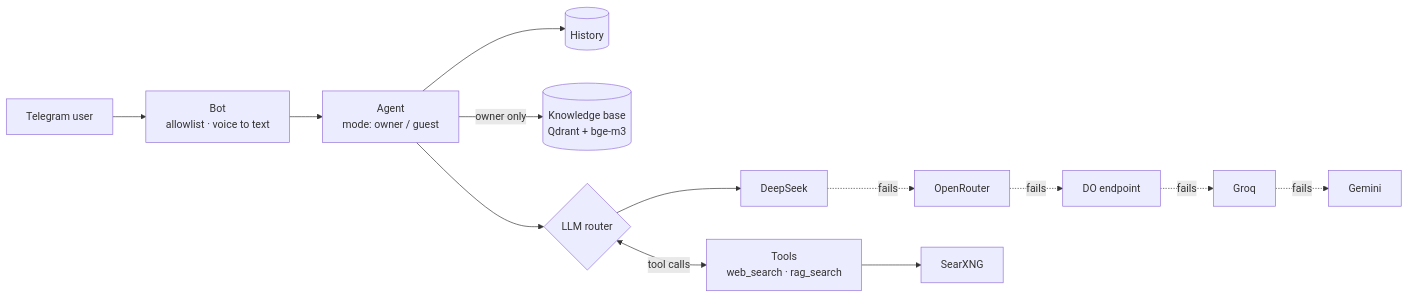
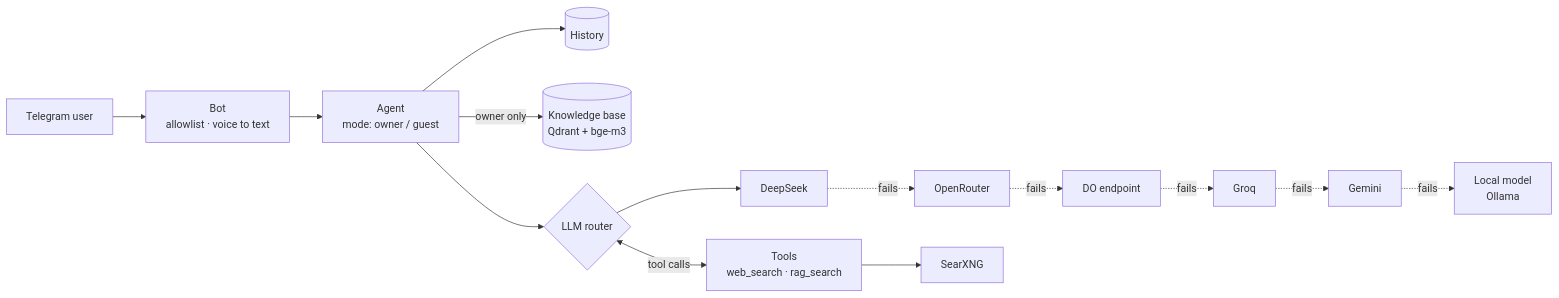
One commit to Redrock453/vika_relay changed the diagram in README.md. Above: the diagram before and after it, drawn with Mermaid. The commit also changed other lines of this file and 4 other files, not shown here.

First line of the commit message:
Add optional local model on Ollama as the last fallback

````diff
--- a/README.md
+++ b/README.md
@@ -19,15 +20,16 @@
 ```mermaid
 flowchart LR
     U[Telegram user] --> B[Bot<br/>allowlist · voice to text]
     B --> A[Agent<br/>mode: owner / guest]
     A --> H[(History)]
     A -->|owner only| K[(Knowledge base<br/>Qdrant + bge-m3)]
     A --> R{LLM router}
     R --> P1[DeepSeek]
     P1 -.->|fails| P2[OpenRouter]
     P2 -.->|fails| P3[DO endpoint]
     P3 -.->|fails| P4[Groq]
     P4 -.->|fails| P5[Gemini]
+    P5 -.->|fails| P6[Local model<br/>Ollama]
     R <-->|tool calls| T[Tools<br/>web_search · rag_search]
     T --> S[SearXNG]
 ```
````
